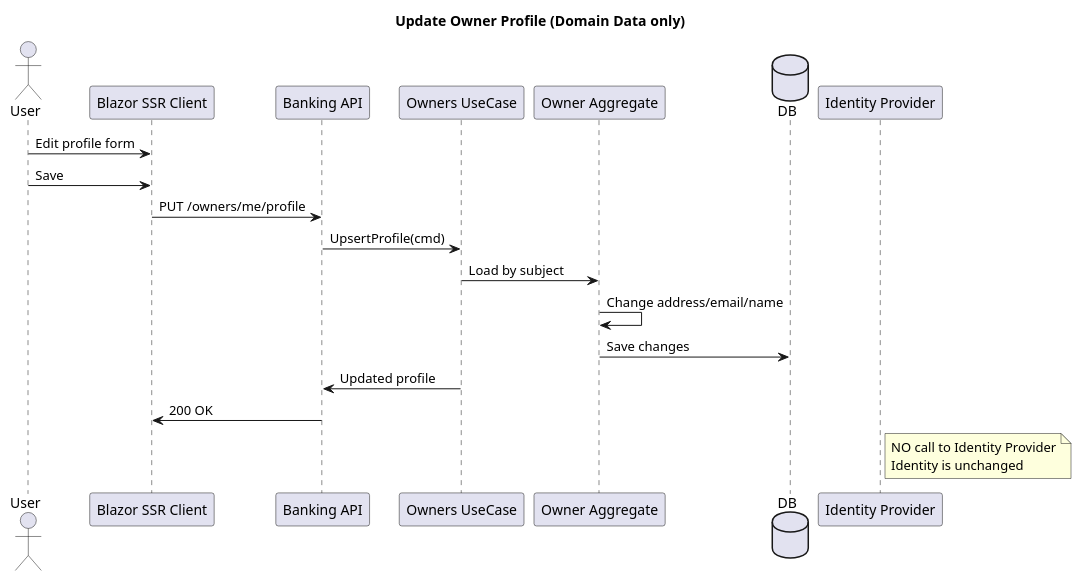
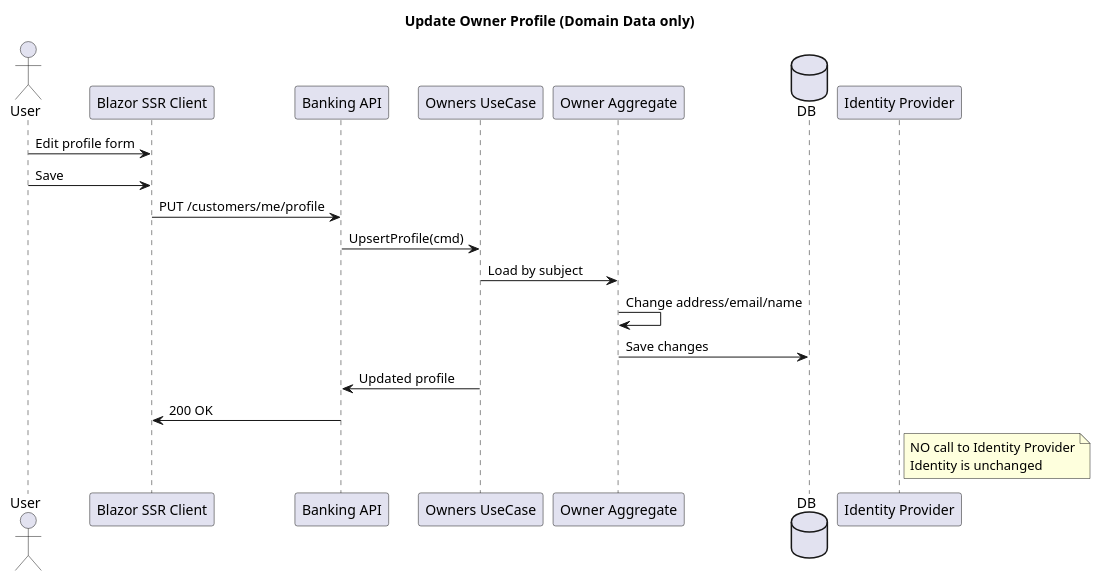
Before and after one commit to berndRog/IdentityAccessServer: the diagram in IdentityAccessServer/1UML/4_UpdateProfile.puml, drawn with PlantUML. The commit also changed 75 other files, not shown here.

```diff
--- a/IdentityAccessServer/1UML/4_UpdateProfile.puml
+++ b/IdentityAccessServer/1UML/4_UpdateProfile.puml
@@ -1,30 +1,30 @@
 @startuml
 title Update Owner Profile (Domain Data only)
 
 actor User
 participant "Blazor SSR Client" as Client
 participant "Banking API" as API
 participant "Owners UseCase" as UC
 participant "Owner Aggregate" as Owner
 database DB
 participant "Identity Provider" as IdP
 
 User -> Client : Edit profile form
 User -> Client : Save
 
-Client -> API : PUT /owners/me/profile
+Client -> API : PUT /customers/me/profile
 API -> UC : UpsertProfile(cmd)
 
 UC -> Owner : Load by subject
 Owner -> Owner : Change address/email/name
 Owner -> DB : Save changes
 
 UC -> API : Updated profile
 API -> Client : 200 OK
 
 note right of IdP
 NO call to Identity Provider
 Identity is unchanged
 end note
 
 @enduml
```
